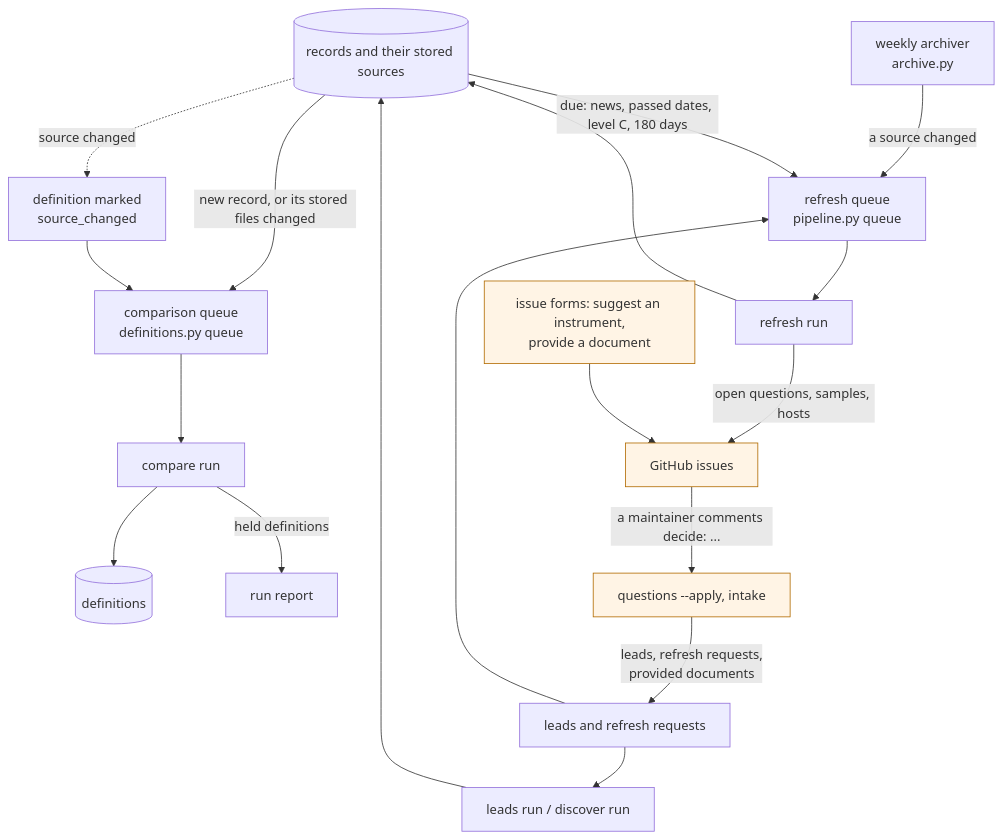
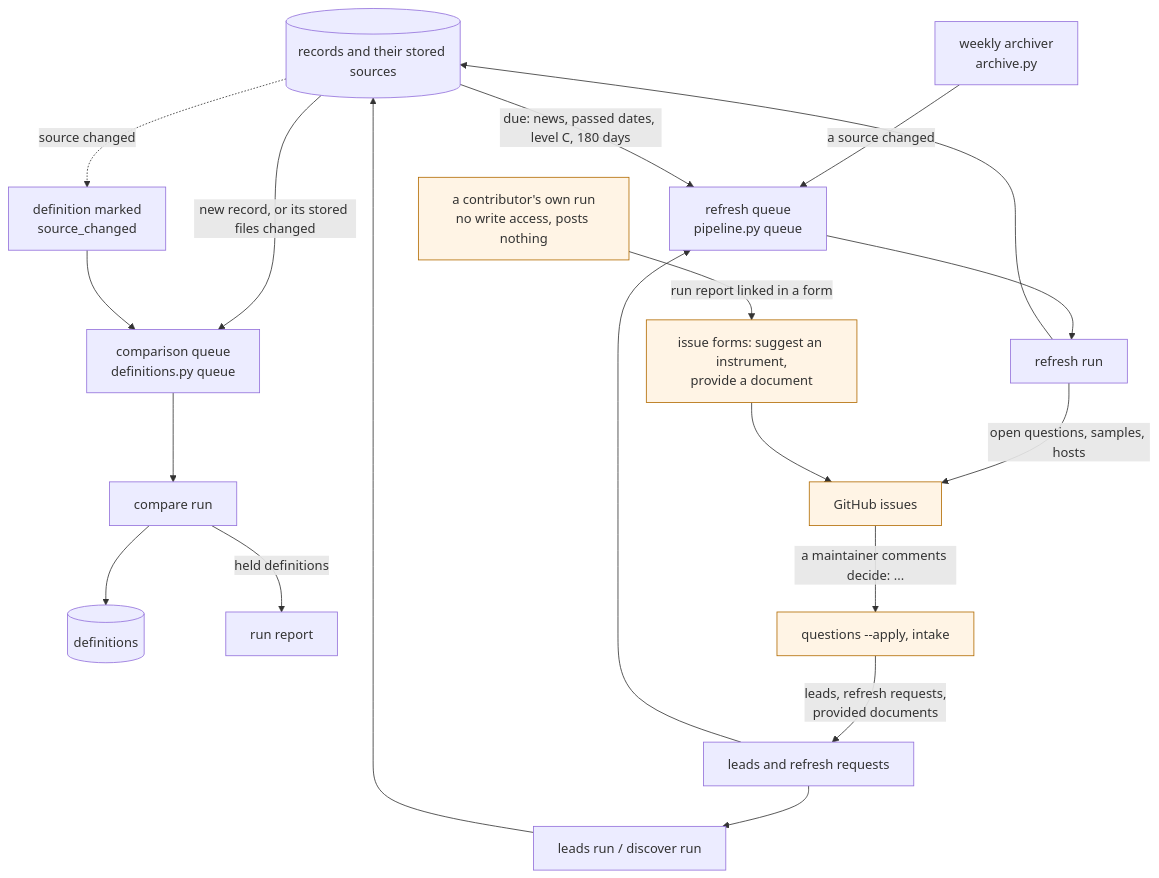
The third of 4 diagrams in pipeline/flow.md (kelkalot/ai-safety-policy-register), drawn with Mermaid before and after one commit. The commit also changed other lines of this file and 3 other files, not shown here.

````diff
--- a/pipeline/flow.md
+++ b/pipeline/flow.md
@@ -58,23 +58,24 @@
 ```mermaid
 flowchart TD
     rec[("records and their stored sources")]
     arch["weekly archiver<br/>archive.py"] -- "a source changed" --> rq
     rec -- "due: news, passed dates, level C, 180 days" --> rq["refresh queue<br/>pipeline.py queue"]
     rq --> FIND["refresh run"]
     FIND --> rec
     rec -- "new record, or its stored files changed" --> cq["comparison queue<br/>definitions.py queue"]
     cq --> COMP["compare run"]
     COMP --> defs[("definitions")]
     rec -. "source changed" .-> mark["definition marked<br/>source_changed"]
     mark --> cq
     FIND -- "open questions, samples, hosts" --> gh["GitHub issues"]
     COMP -- "held definitions" --> rep["run report"]
     gh -- "a maintainer comments decide: ..." --> apply["questions --apply, intake"]
     users["issue forms: suggest an instrument,<br/>provide a document"] --> gh
+    contrib["a contributor's own run<br/>no write access, posts nothing"] -- "run report linked in a form" --> users
     apply -- "leads, refresh requests,<br/>provided documents" --> lq["leads and refresh requests"]
     lq --> rq
     lq --> leads["leads run / discover run"]
     leads --> rec
     classDef human fill:#fff4e5,stroke:#b26b00
-    class gh,apply,users human
+    class gh,apply,users,contrib human
 ```
````
